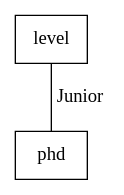
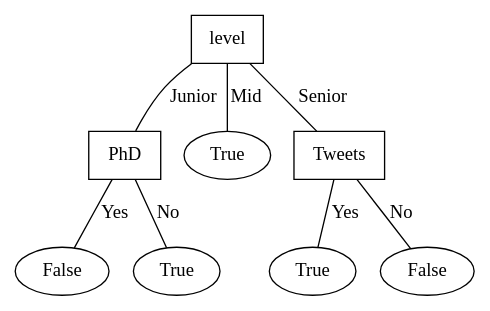
The diagram in U5-Decision-Trees/DecisionTreeFun/interview_tree.dot (Ben10164/CPSC322), drawn with Graphviz before and after one commit. The commit also changed 5 other files, not shown here.

```diff
--- a/U5-Decision-Trees/DecisionTreeFun/interview_tree.dot
+++ b/U5-Decision-Trees/DecisionTreeFun/interview_tree.dot
@@ -1,5 +1,23 @@
 graph g {
     level [shape=box];
-    phd [shape=box];
-    level -- phd [label="Junior"];
+
+    // Junior 
+    PhD [shape=box];
+    level -- PhD [label="Junior"];
+    False1 [label="False"];
+    True1 [label="True"];
+    PhD -- False1 [label="Yes"];
+    PhD --  True1 [label="No"];
+
+    // Mid
+    True2 [label="True"];
+    level -- True2 [label="Mid"];
+
+    // Senior
+    Tweets [shape=box];
+    level -- Tweets [label="Senior"];
+    True3 [label="True"];
+    False3 [label="False"];
+    Tweets -- False3 [label="No"];
+    Tweets -- True3 [label="Yes"];
 }
```
